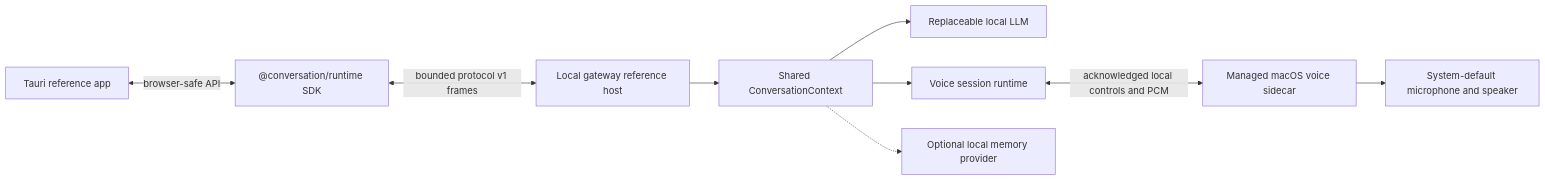
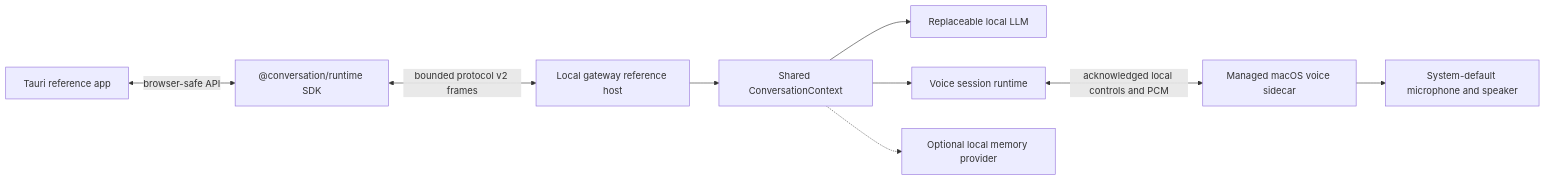
Before and after one commit to xiongxhc/conversation-runtime-sdk: the diagram in README.md, drawn with Mermaid. The commit also changed other lines of this file and 15 other files, not shown here.

````diff
--- a/README.md
+++ b/README.md
@@ -85,11 +67,11 @@
 ```mermaid
 flowchart LR
     App["Tauri reference app"] <-->|"browser-safe API"| SDK["@conversation/runtime SDK"]
-    SDK <-->|"bounded protocol v1 frames"| Gateway["Local gateway reference host"]
+    SDK <-->|"bounded protocol v2 frames"| Gateway["Local gateway reference host"]
     Gateway --> Context["Shared ConversationContext"]
     Context --> LLM["Replaceable local LLM"]
     Context --> Voice["Voice session runtime"]
     Voice <-->|"acknowledged local controls and PCM"| Sidecar["Managed macOS voice sidecar"]
     Sidecar --> Devices["System-default microphone and speaker"]
     Context -.-> Memory["Optional local memory provider"]
 ```
````
